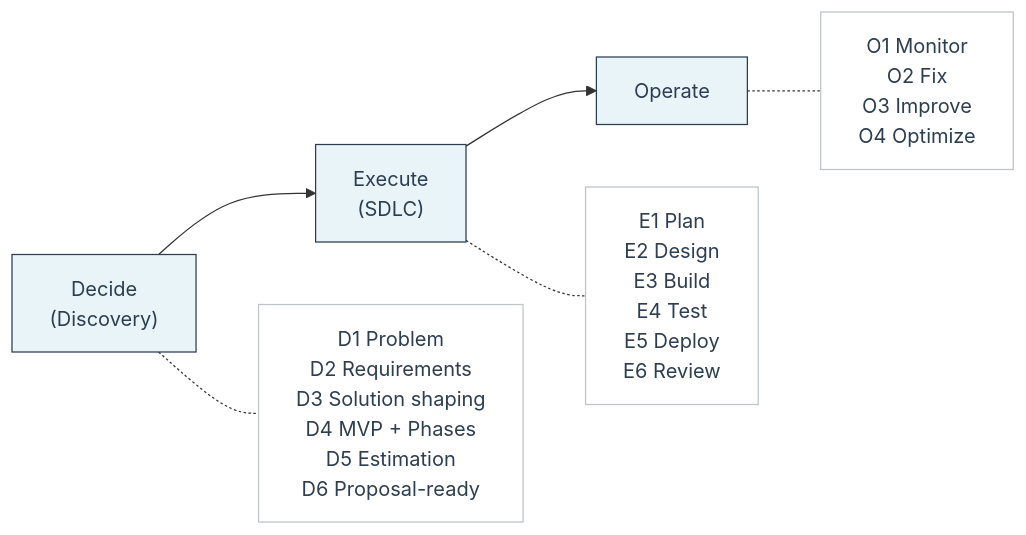
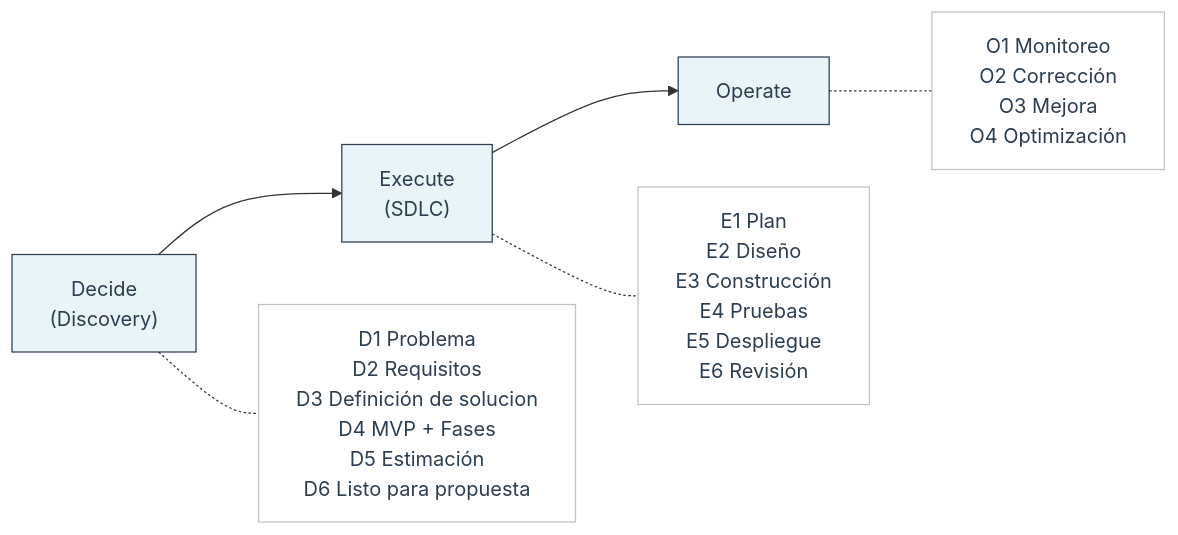
The diagram in website/i18n/es/docusaurus-plugin-content-docs/current/framework/d2e.md (admin-feel-coding/feel-coding-docs), drawn with Mermaid before and after one commit. The commit also changed other lines of this file and 14 other files, not shown here.

````diff
--- a/website/i18n/es/docusaurus-plugin-content-docs/current/framework/d2e.md
+++ b/website/i18n/es/docusaurus-plugin-content-docs/current/framework/d2e.md
@@ -103,15 +103,15 @@
 ```mermaid
 graph LR
     D["Decide<br/>(Discovery)"] --> E["Execute<br/>(SDLC)"] --> O["Operate"]
 
-    D -.- D_out["D1 Problem<br/>D2 Requirements<br/>D3 Solution shaping<br/>D4 MVP + Phases<br/>D5 Estimation<br/>D6 Proposal-ready"]
-    E -.- E_out["E1 Plan<br/>E2 Design<br/>E3 Build<br/>E4 Test<br/>E5 Deploy<br/>E6 Review"]
-    O -.- O_out["O1 Monitor<br/>O2 Fix<br/>O3 Improve<br/>O4 Optimize"]
+    D -.- D_out["D1 Problema<br/>D2 Requisitos<br/>D3 Definición de solucion<br/>D4 MVP + Fases<br/>D5 Estimación<br/>D6 Listo para propuesta"]
+    E -.- E_out["E1 Plan<br/>E2 Diseño<br/>E3 Construcción<br/>E4 Pruebas<br/>E5 Despliegue<br/>E6 Revisión"]
+    O -.- O_out["O1 Monitoreo<br/>O2 Corrección<br/>O3 Mejora<br/>O4 Optimización"]
 
     style D fill:#e8f4f8,stroke:#2c3e50,color:#2c3e50
     style E fill:#e8f4f8,stroke:#2c3e50,color:#2c3e50
     style O fill:#e8f4f8,stroke:#2c3e50,color:#2c3e50
     style D_out fill:#fff,stroke:#bdc3c7,color:#2c3e50
     style E_out fill:#fff,stroke:#bdc3c7,color:#2c3e50
     style O_out fill:#fff,stroke:#bdc3c7,color:#2c3e50
 ```
````
